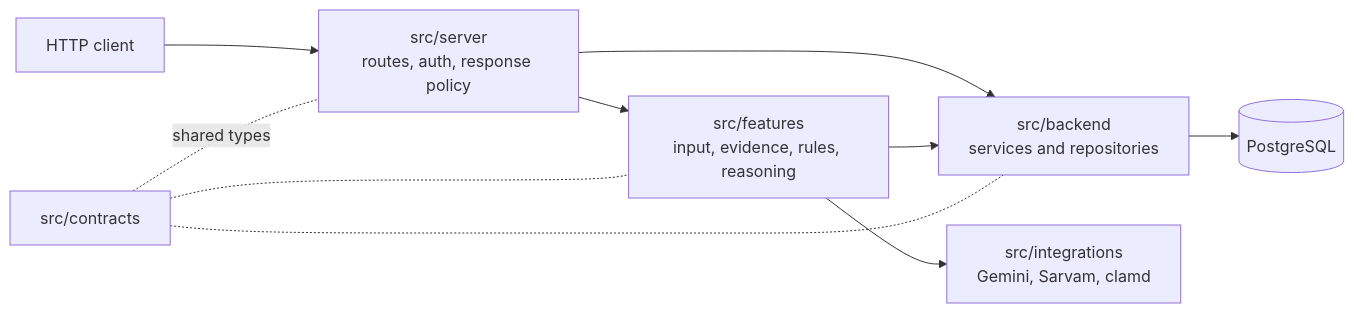
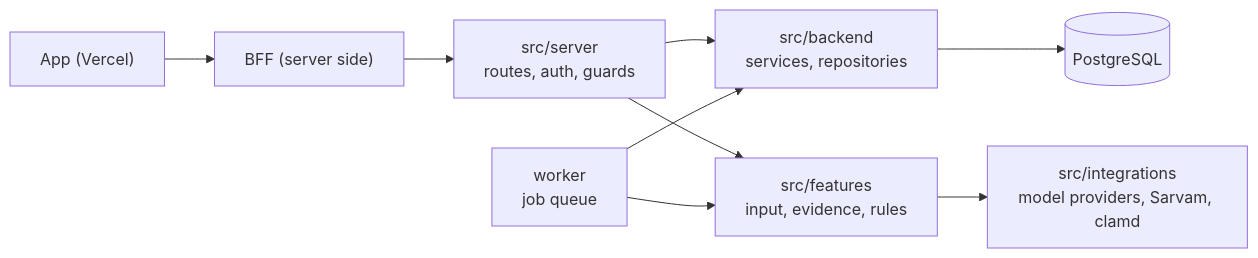
Before and after one commit to rish106-hub/CoverSaath: the diagram in README.md, drawn with Mermaid. The commit also changed other lines of this file, not shown here.

````diff
--- a/README.md
+++ b/README.md
@@ -25,12 +42,11 @@
 ```mermaid
 flowchart LR
-  Client[HTTP client] --> API["src/server<br/>routes, auth, response policy"]
-  API --> Svc["src/backend<br/>services and repositories"]
-  API --> Feat["src/features<br/>input, evidence, rules, reasoning"]
-  Feat --> Int["src/integrations<br/>Gemini, Sarvam, clamd"]
+  App["App (Vercel)"] --> BFF["BFF (server side)"]
+  BFF --> API["src/server<br/>routes, auth, guards"]
+  API --> Svc["src/backend<br/>services, repositories"]
+  API --> Feat["src/features<br/>input, evidence, rules"]
+  Feat --> Int["src/integrations<br/>model providers, Sarvam, clamd"]
   Svc --> PG[(PostgreSQL)]
-  Feat --> Svc
-  Contracts["src/contracts"] -.shared types.- API
-  Contracts -.- Svc
-  Contracts -.- Feat
+  Worker["worker<br/>job queue"] --> Svc
+  Worker --> Feat
 ```
````
